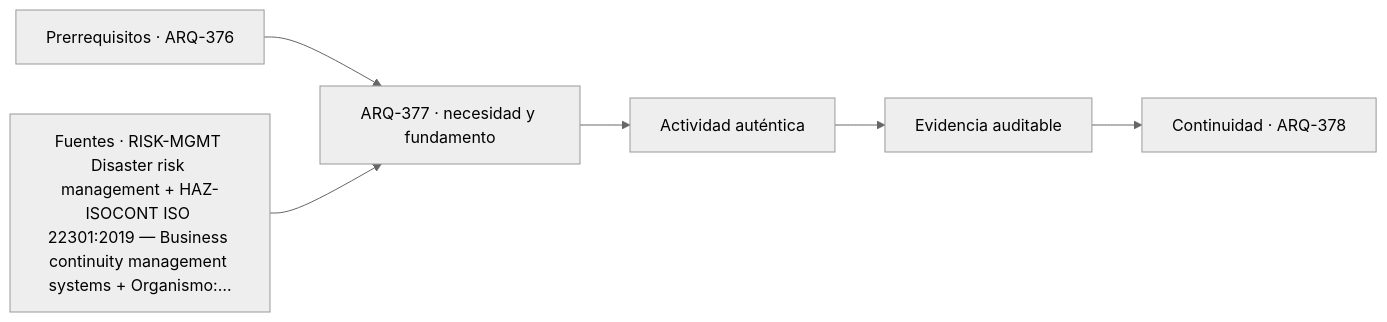
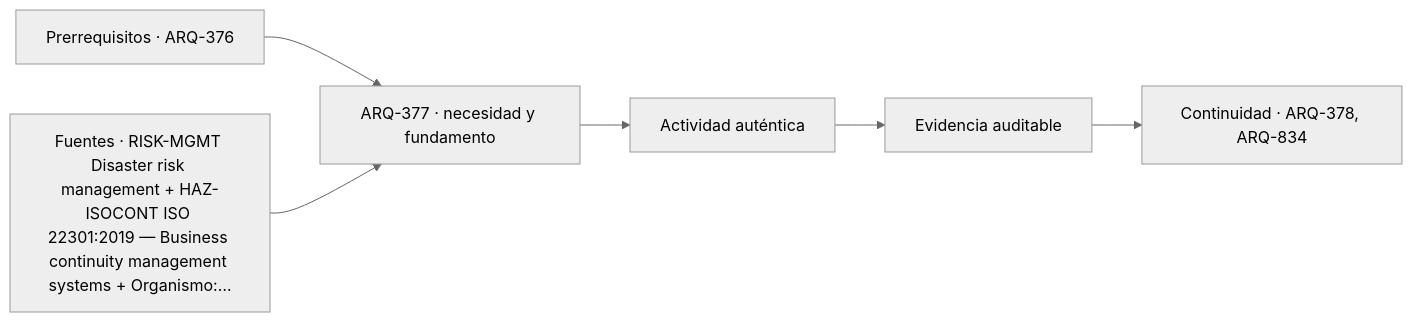
One commit to vladimiracunadev-create/architecture-built-environment-learning-program changed the diagram in classes/parte-38/ARQ-377.md. Above: the diagram before and after it, drawn with Mermaid (neutral theme). The commit also changed other lines of this file and 182 other files, not shown here.

````diff
--- a/classes/parte-38/ARQ-377.md
+++ b/classes/parte-38/ARQ-377.md
@@ -113,8 +113,8 @@
 ```mermaid
 flowchart LR
     A["Prerrequisitos · ARQ-376"] --> B["ARQ-377 · necesidad y fundamento"]
     S["Fuentes · RISK-MGMT Disaster risk management + HAZ-ISOCONT ISO 22301:2019 — Business continuity management systems + Organismo:…"] --> B
     B --> C["Actividad auténtica"]
     C --> D["Evidencia auditable"]
-    D --> E["Continuidad · ARQ-378"]
+    D --> E["Continuidad · ARQ-378, ARQ-834"]
 ```
````
